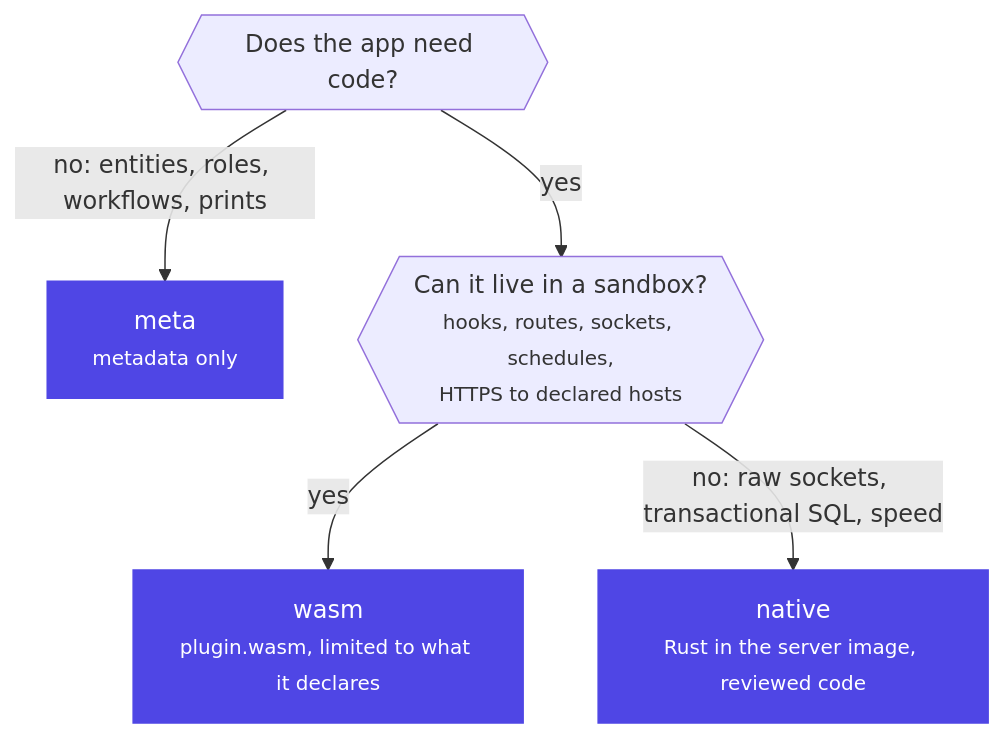
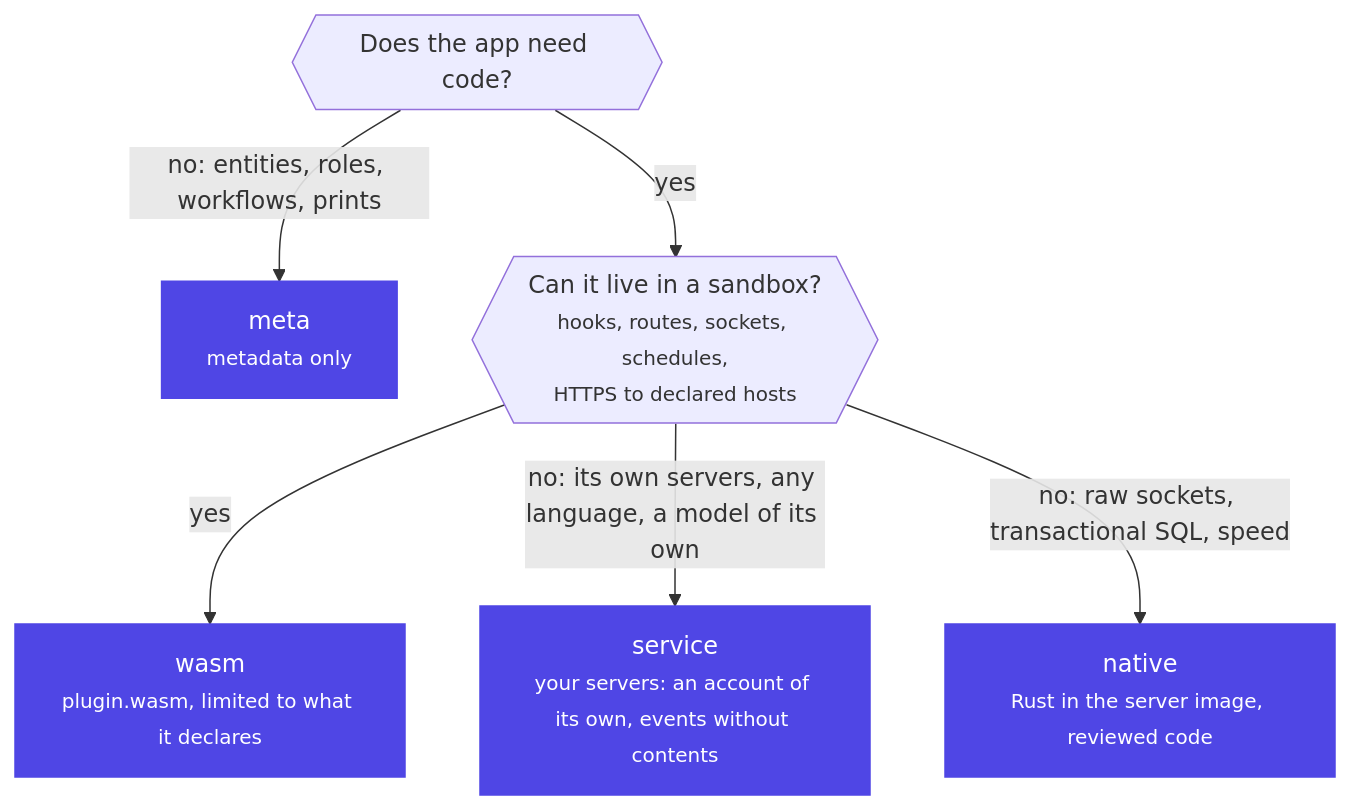
One commit to CBFerrum/ferrum-sdk changed the second of 4 diagrams in README.md. Above: the diagram before and after it, drawn with Mermaid. The commit also changed other lines of this file and 14 other files, not shown here.

````diff
--- a/README.md
+++ b/README.md
@@ -85,9 +85,10 @@
 ```mermaid
 flowchart TD
     Q1{{"Does the app need code?"}} -->|no: entities, roles, workflows, prints| META["meta<br/><small>metadata only</small>"]
     Q1 -->|yes| Q2{{"Can it live in a sandbox?<br/><small>hooks, routes, sockets, schedules,<br/>HTTPS to declared hosts</small>"}}
     Q2 -->|yes| WASM["wasm<br/><small>plugin.wasm, limited to what it declares</small>"]
+    Q2 -->|"no: its own servers, any language, a model of its own"| SERVICE["service<br/><small>your servers: an account of its own, events without contents</small>"]
     Q2 -->|"no: raw sockets, transactional SQL, speed"| NATIVE["native<br/><small>Rust in the server image, reviewed code</small>"]
     classDef rt fill:#4f46e5,color:#fff,stroke:#4f46e5
-    class META,WASM,NATIVE rt
+    class META,WASM,SERVICE,NATIVE rt
 ```
````
